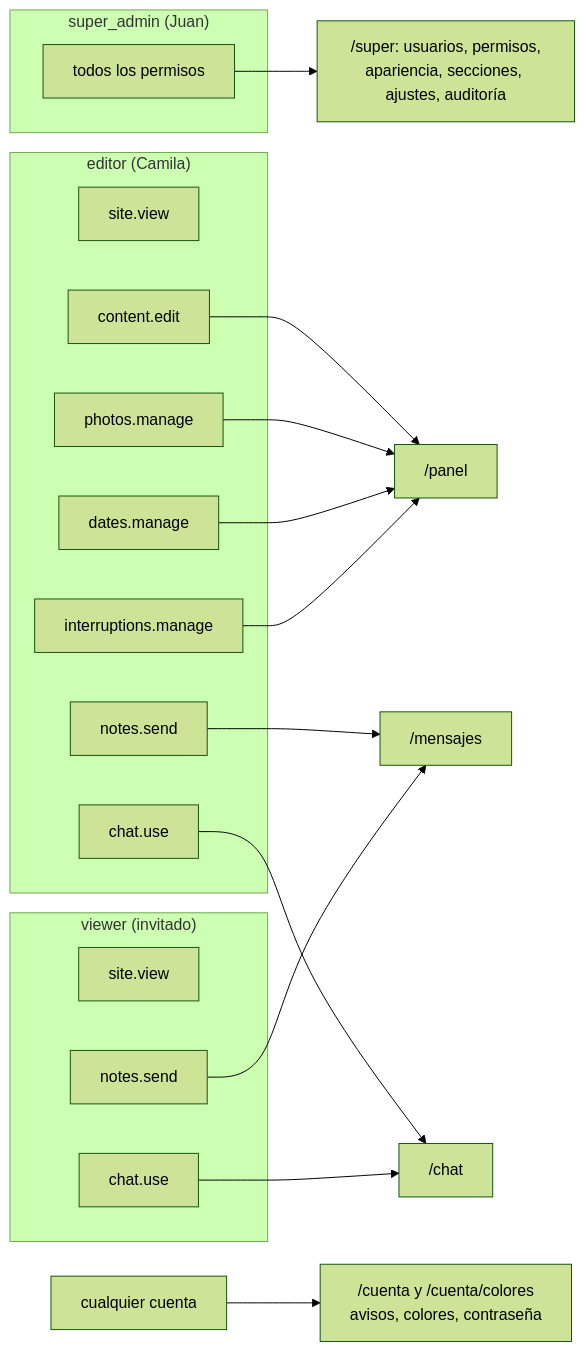
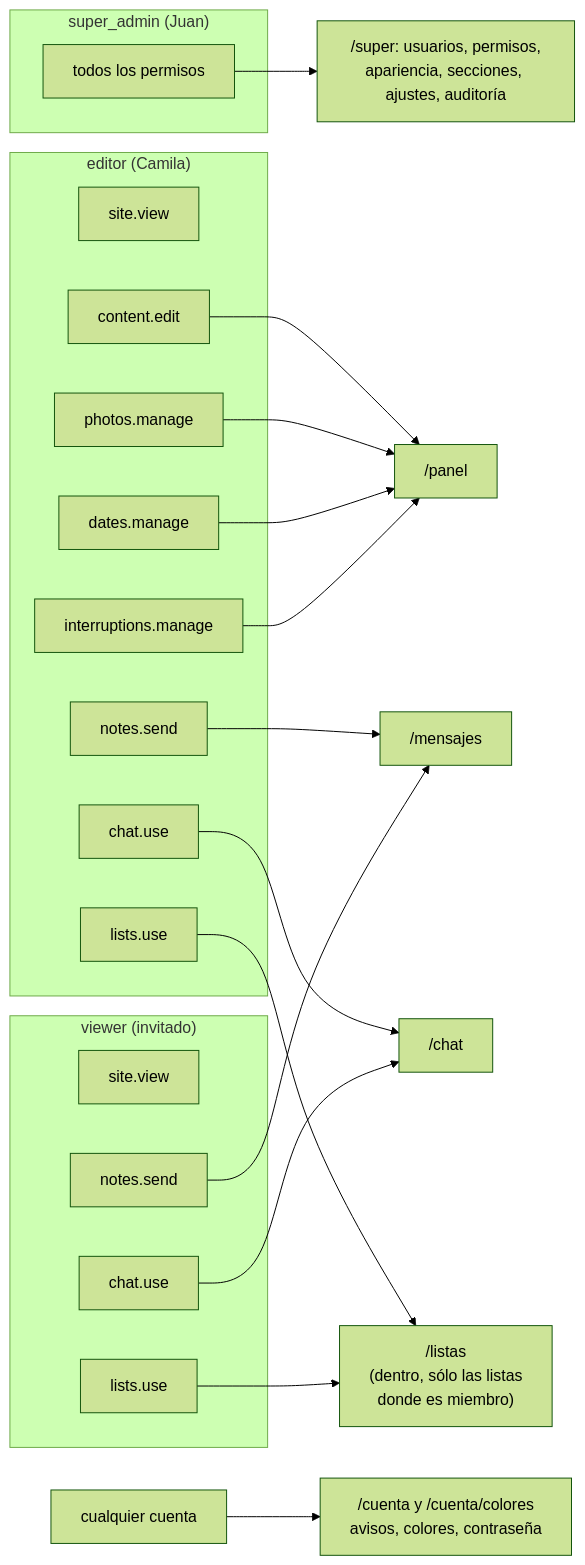
One commit to Juan-Carlos-Estevez-Vargas/Camila-Sanchez changed diagram 22 of 22 in docs/DIAGRAMAS.md. Above: the diagram before and after it, drawn with Mermaid (forest theme). The commit also changed other lines of this file and 3 other files, not shown here.

Commit message:
docs: listas compartidas en el manual, la arquitectura, los diagramas y el README

````diff
--- a/docs/DIAGRAMAS.md
+++ b/docs/DIAGRAMAS.md
@@ -561,25 +654,28 @@
 ```mermaid
 flowchart LR
   subgraph super_admin["super_admin (Juan)"]
     ALL["todos los permisos"]
   end
   subgraph editor["editor (Camila)"]
     E1["site.view"]
     E2["content.edit"]
     E3["photos.manage"]
     E4["dates.manage"]
     E5["interruptions.manage"]
     E6["notes.send"]
     E7["chat.use"]
+    E8["lists.use"]
   end
   subgraph viewer["viewer (invitado)"]
     V1["site.view"]
     V2["notes.send"]
     V3["chat.use"]
+    V4["lists.use"]
   end
   ALL --> SUPER["/super: usuarios, permisos,<br/>apariencia, secciones, ajustes, auditoría"]
   E2 & E3 & E4 & E5 --> PANEL["/panel"]
   E6 & V2 --> MSG["/mensajes"]
   E7 & V3 --> CHAT["/chat"]
+  E8 & V4 --> LISTAS["/listas<br/>(dentro, sólo las listas<br/>donde es miembro)"]
   ANY["cualquier cuenta"] --> CUENTA["/cuenta y /cuenta/colores<br/>avisos, colores, contraseña"]
 ```
````
